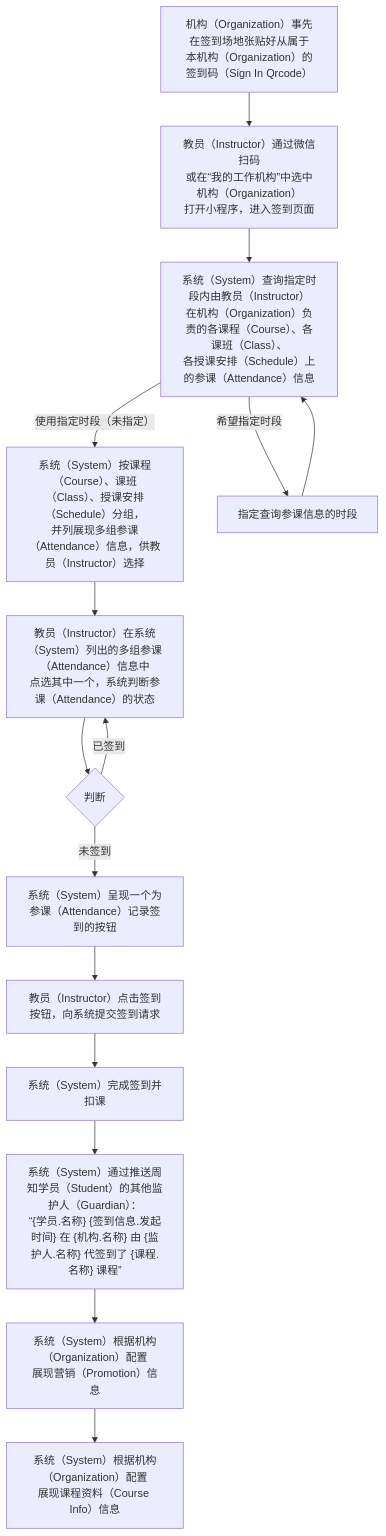
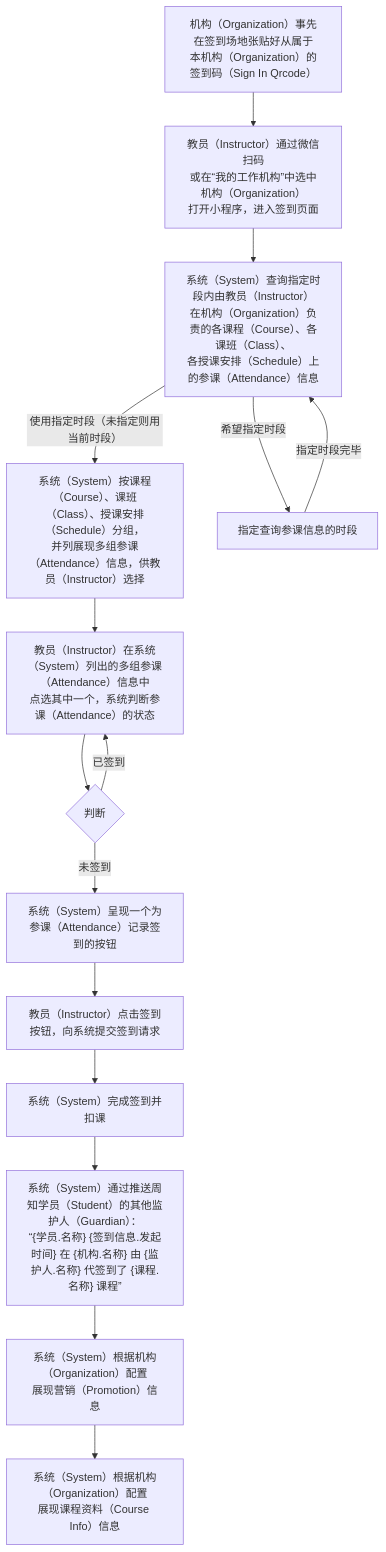
One commit to world-wide-web/sign changed the third of 3 diagrams in 用例/签到.md. Above: the diagram before and after it, drawn with Mermaid. The commit also changed other lines of this file, not shown here.

````diff
--- a/用例/签到.md
+++ b/用例/签到.md
@@ -82,44 +82,44 @@
 ```mermaid
 graph TD
 
 准备签到码-->扫描签到码
 扫描签到码-->列出负责的授课单元
-列出负责的授课单元--使用指定时段（未指定）-->展现授课单元下的参课信息
+列出负责的授课单元--"使用指定时段（未指定则用当前时段）"-->展现授课单元下的参课信息
 列出负责的授课单元--希望指定时段-->指定查询参课信息的时段
-指定查询参课信息的时段-->列出负责的授课单元
+指定查询参课信息的时段--指定时段完毕-->列出负责的授课单元
 展现授课单元下的参课信息-->选择参课信息
 选择参课信息-->判断参课信息
 判断参课信息--已签到-->选择参课信息
 判断参课信息--未签到-->呈现签到按钮
 呈现签到按钮-->提交签到请求
 提交签到请求-->签到扣课
 签到扣课-->周知签到情况
 周知签到情况-->展示营销信息
 展示营销信息-->展示课程资料
 
 准备签到码["<center>机构（Organization）事先在签到场地张贴好从属于<br>本机构（Organization）的签到码（Sign In Qrcode）</center>"]
 
 扫描签到码["<center>教员（Instructor）通过微信扫码<br>或在“我的工作机构”中选中机构（Organization）<br>打开小程序，进入签到页面</center>"]
 
 列出负责的授课单元["<center>系统（System）查询指定时段内由教员（Instructor）<br>在机构（Organization）负责的各课程（Course）、各课班（Class）、<br>各授课安排（Schedule）上的参课（Attendance）信息"]
 
 指定查询参课信息的时段
 
 展现授课单元下的参课信息["<center>系统（System）按课程（Course）、课班（Class）、授课安排（Schedule）分组，<br>并列展现多组参课（Attendance）信息，供教员（Instructor）选择</center>"]
 
 选择参课信息["<center>教员（Instructor）在系统（System）列出的多组参课（Attendance）信息中<br>点选其中一个，系统判断参课（Attendance）的状态</center>"]
 
 判断参课信息{"<center>判断</center>"}
 
 呈现签到按钮["<center>系统（System）呈现一个为参课（Attendance）记录签到的按钮</center>"]
 
 提交签到请求["<center>教员（Instructor）点击签到按钮，向系统提交签到请求</center>"]
 
 签到扣课["<center>系统（System）完成签到并扣课</center>"]
 
 周知签到情况["<center>系统（System）通过推送周知学员（Student）的其他监护人（Guardian）：<br>“{学员.名称} {签到信息.发起时间} 在 {机构.名称} 由 {监护人.名称} 代签到了 {课程.名称} 课程”</center>"]
 
 展示营销信息["<center>系统（System）根据机构（Organization）配置<br>展现营销（Promotion）信息</center>"]
 
 展示课程资料["<center>系统（System）根据机构（Organization）配置<br>展现课程资料（Course Info）信息</center>"]
 ```
````
